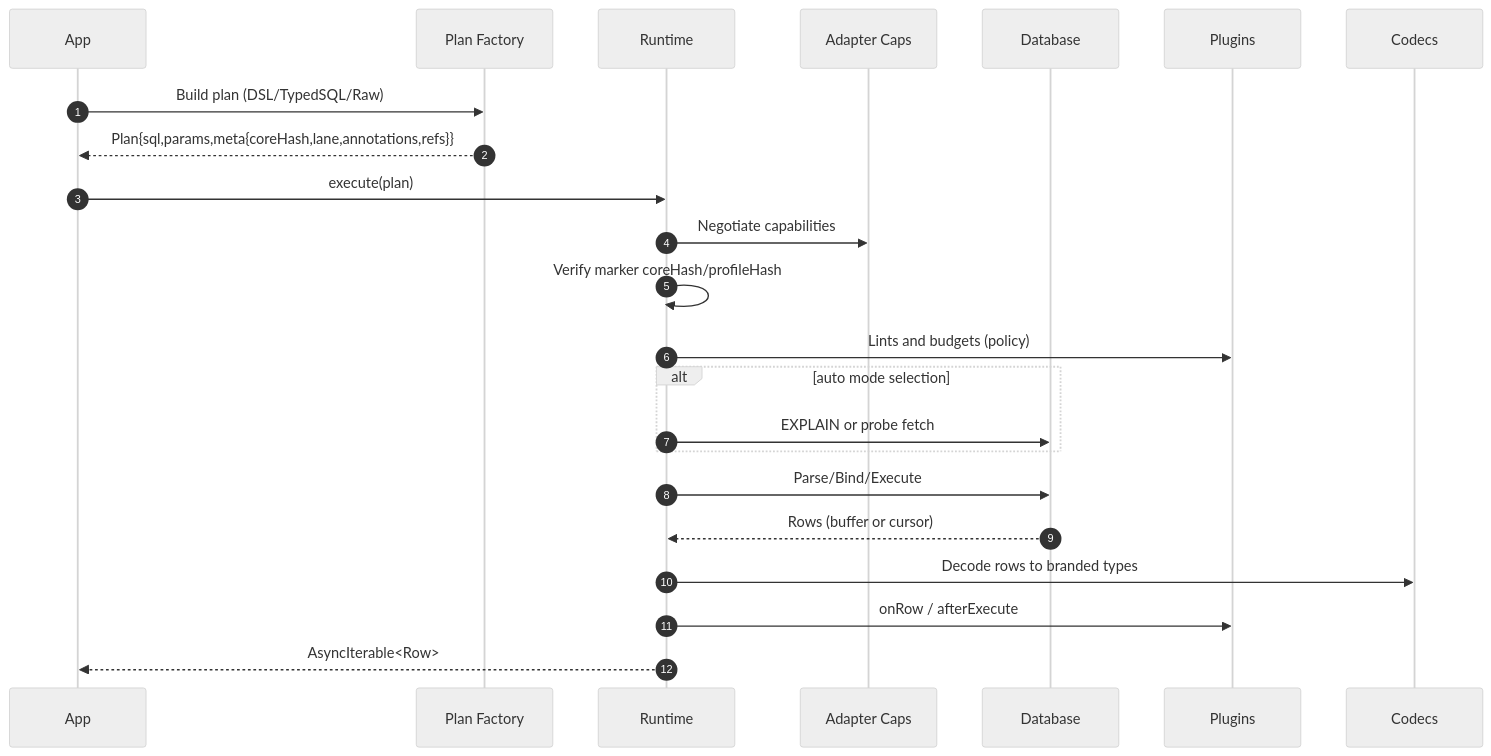
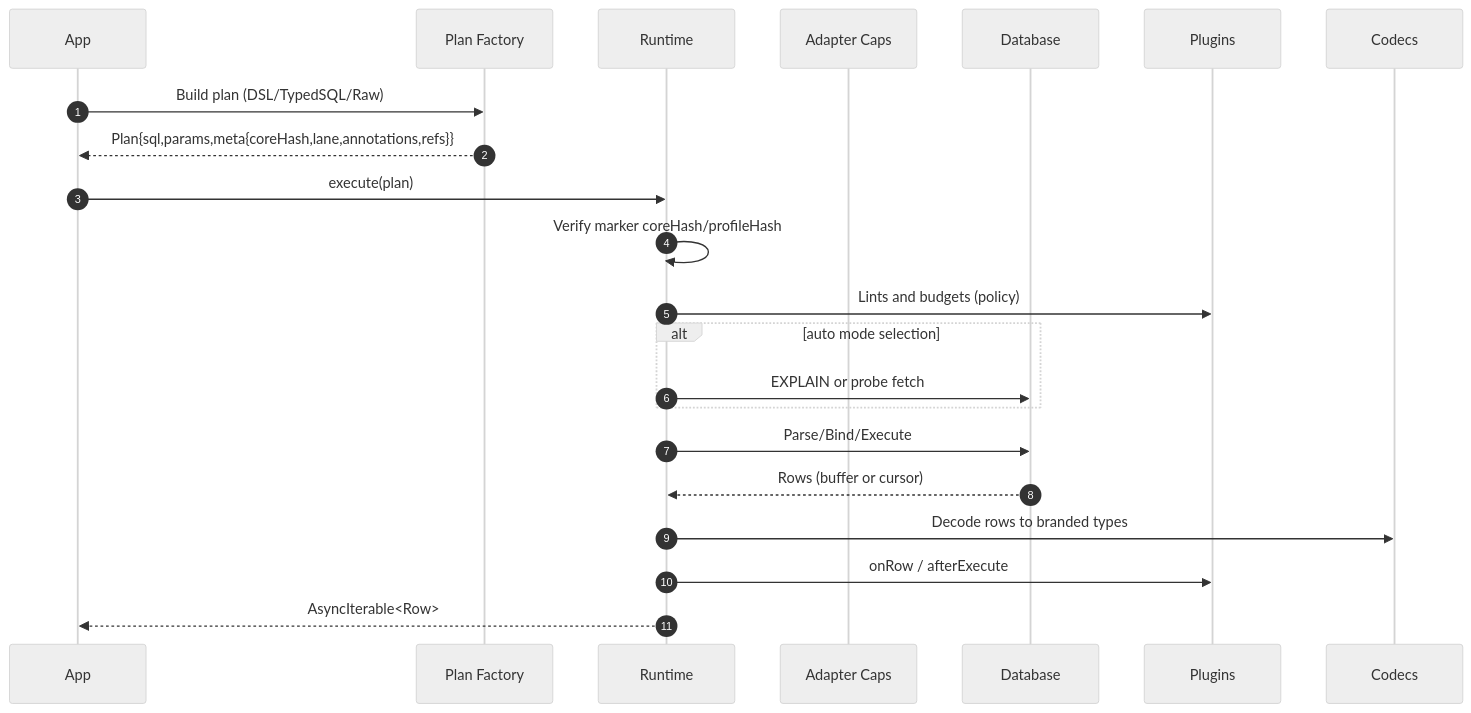
One commit to prisma/prisma-next changed the third of 4 diagrams in docs/Architecture Overview.md. Above: the diagram before and after it, drawn with Mermaid (neutral theme). The commit also changed other lines of this file and 6 other files, not shown here.

Commit message:
Clarify role of profileHash and drop runtime negotiation of capabilities

````diff
--- a/docs/Architecture Overview.md
+++ b/docs/Architecture Overview.md
@@ -180,26 +189,25 @@
 ```mermaid
 sequenceDiagram
   autonumber
   participant App as App
   participant Factory as Plan Factory
   participant Runtime as Runtime
   participant Caps as Adapter Caps
   participant DB as Database
   participant Plugins as Plugins
   participant Codecs as Codecs
 
   App->>Factory: Build plan (DSL/TypedSQL/Raw)
   Factory-->>App: Plan{sql,params,meta{coreHash,lane,annotations,refs}}
   App->>Runtime: execute(plan)
-  Runtime->>Caps: Negotiate capabilities
   Runtime->>Runtime: Verify marker coreHash/profileHash
   Runtime->>Plugins: Lints and budgets (policy)
   alt auto mode selection
     Runtime->>DB: EXPLAIN or probe fetch
   end
   Runtime->>DB: Parse/Bind/Execute
   DB-->>Runtime: Rows (buffer or cursor)
   Runtime->>Codecs: Decode rows to branded types
   Runtime->>Plugins: onRow / afterExecute
   Runtime-->>App: AsyncIterable<Row>
 ```
````
